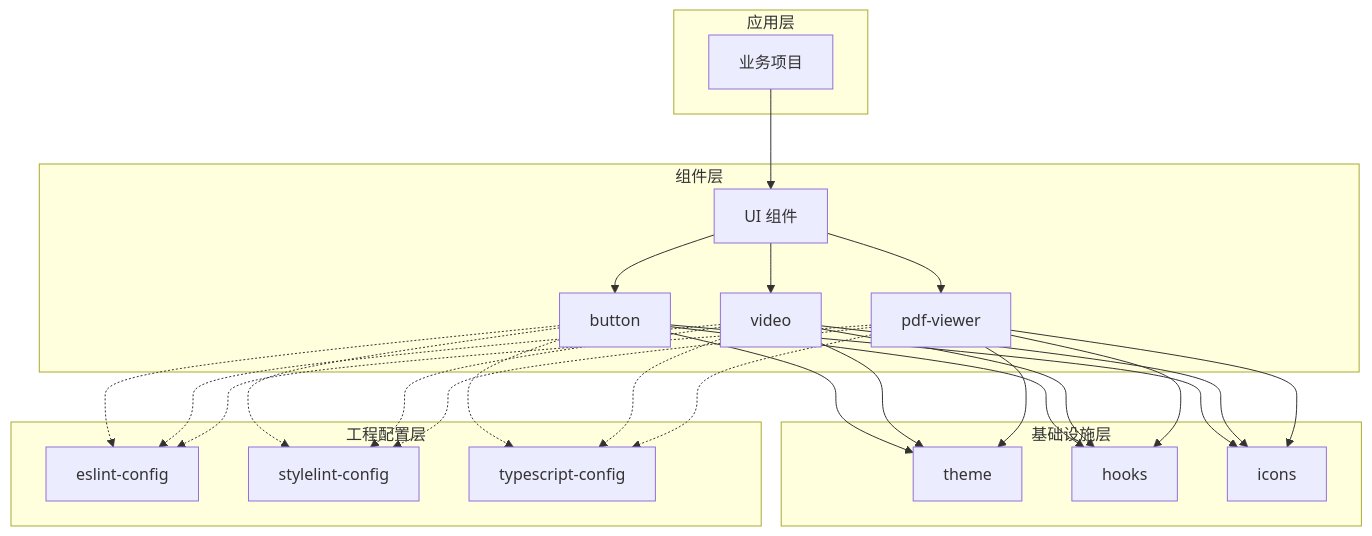
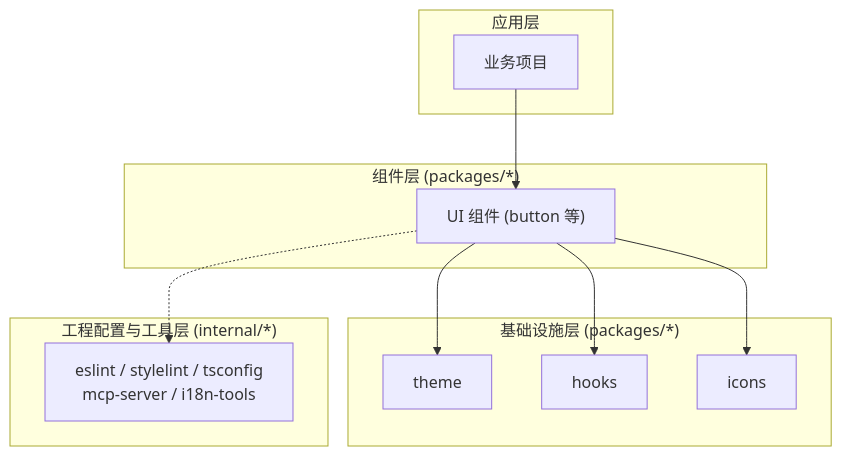
One commit to sunweijieMJ/aix changed the second of 17 diagrams in docs/guide/architecture.md. Above: the diagram before and after it, drawn with Mermaid. The commit also changed other lines of this file and 39 other files, not shown here.

First line of the commit message:
chore: 文档完善、MCP Server 持续重构和主题变量更新

````diff
--- a/docs/guide/architecture.md
+++ b/docs/guide/architecture.md
@@ -169,30 +163,24 @@
 ```mermaid
 graph TB
     subgraph "应用层"
         A[业务项目]
     end
 
-    subgraph "组件层"
-        B[UI 组件]
-        B1[button]
-        B2[video]
-        B3[pdf-viewer]
+    subgraph "组件层 (packages/*)"
+        B["UI 组件 (button 等)"]
     end
 
-    subgraph "基础设施层"
+    subgraph "基础设施层 (packages/*)"
         C[theme]
         D[hooks]
         E[icons]
     end
 
-    subgraph "工程配置层"
-        F[eslint-config]
-        G[stylelint-config]
-        H[typescript-config]
+    subgraph "工程配置与工具层 (internal/*)"
+        F["eslint / stylelint / tsconfig<br/>mcp-server / i18n-tools"]
     end
 
     A --> B
-    B --> B1 & B2 & B3
-    B1 & B2 & B3 --> C & D & E
-    B1 & B2 & B3 -.-> F & G & H
+    B --> C & D & E
+    B -.-> F
 ```
````
